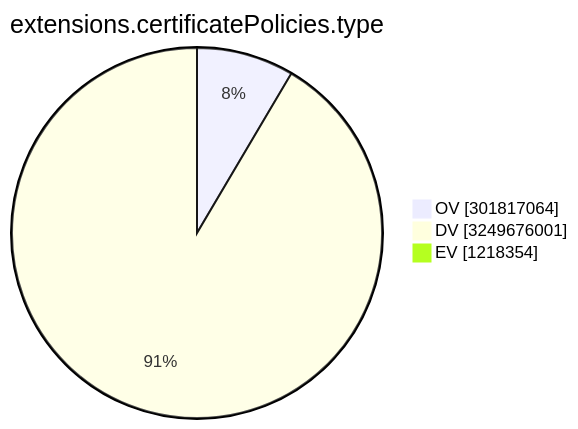
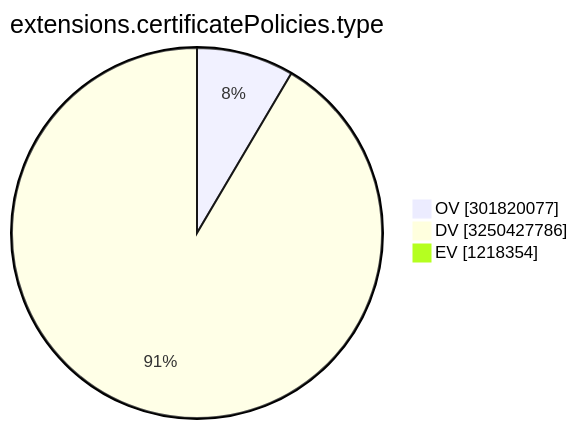
One commit to christiankrug/ctmonitor_visualization changed the ninth of 15 diagrams in TOTAL/README.md. Above: the diagram before and after it, drawn with Mermaid. The commit also changed other lines of this file, not shown here.

````diff
--- a/TOTAL/README.md
+++ b/TOTAL/README.md
@@ -3107,7 +3107,7 @@
 ```mermaid
 pie showData
 title extensions.certificatePolicies.type
-"OV" :301817064
-"DV" :3249676001
+"OV" :301820077
+"DV" :3250427786
 "EV" :1218354
 ```
````
